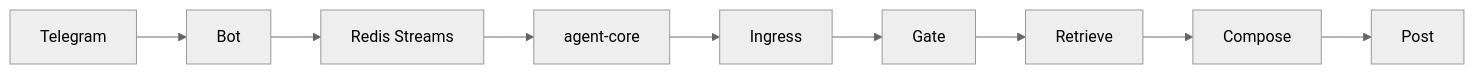
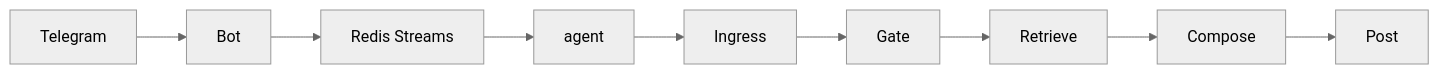
Before and after one commit to YevgeniyKapustin/VanessaAI: the diagram in docs/architecture.md, drawn with Mermaid (neutral theme). The commit also changed other lines of this file and 152 other files, not shown here.

Commit message:
refactor: agent core pipeline

````diff
--- a/docs/architecture.md
+++ b/docs/architecture.md
@@ -9,14 +9,14 @@
 ```mermaid
 flowchart LR
   telegram[Telegram]
   bot[Bot]
   broker[Redis Streams]
-  core[agent-core]
+  core[agent]
   ingress[Ingress]
   gate[Gate]
   retrieve[Retrieve]
   compose[Compose]
   post[Post]
   telegram --> bot --> broker --> core
   core --> ingress --> gate --> retrieve --> compose --> post
 ```
````
